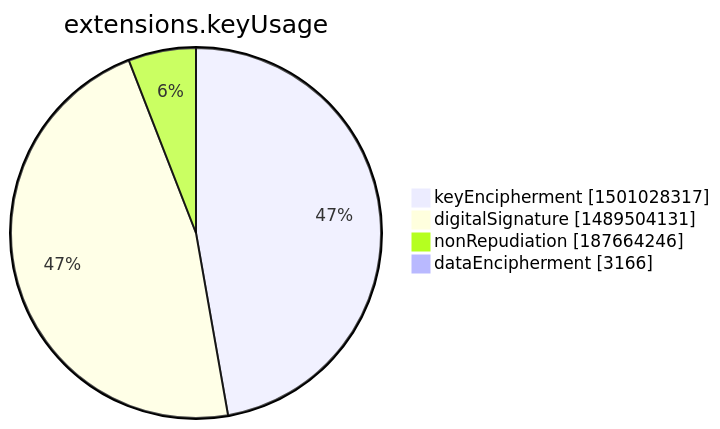
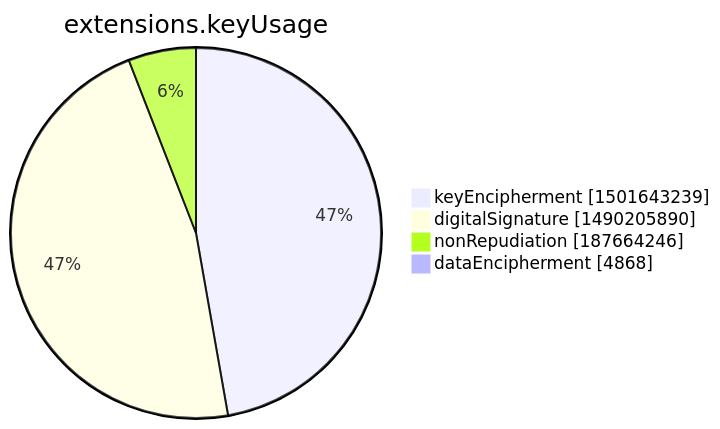
One commit to christiankrug/ctmonitor_visualization changed the seventh of 15 diagrams in xenon2022/README.md. Above: the diagram before and after it, drawn with Mermaid. The commit also changed other lines of this file, not shown here.

````diff
--- a/xenon2022/README.md
+++ b/xenon2022/README.md
@@ -2844,8 +2844,8 @@
 ```mermaid
 pie showData
 title extensions.keyUsage
-"keyEncipherment" :1501028317
-"digitalSignature" :1489504131
+"keyEncipherment" :1501643239
+"digitalSignature" :1490205890
 "nonRepudiation" :187664246
-"dataEncipherment" :3166
+"dataEncipherment" :4868
 ```
````
